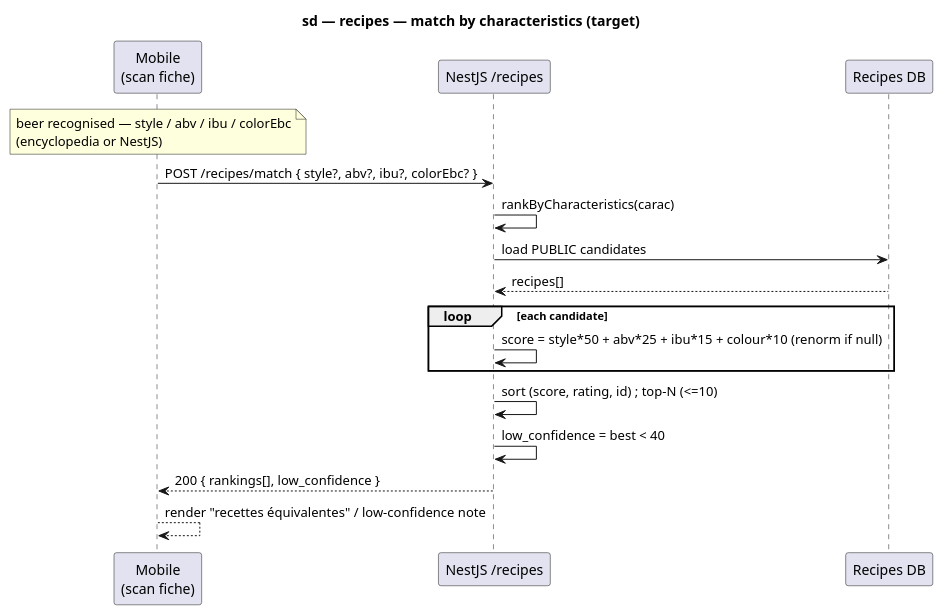
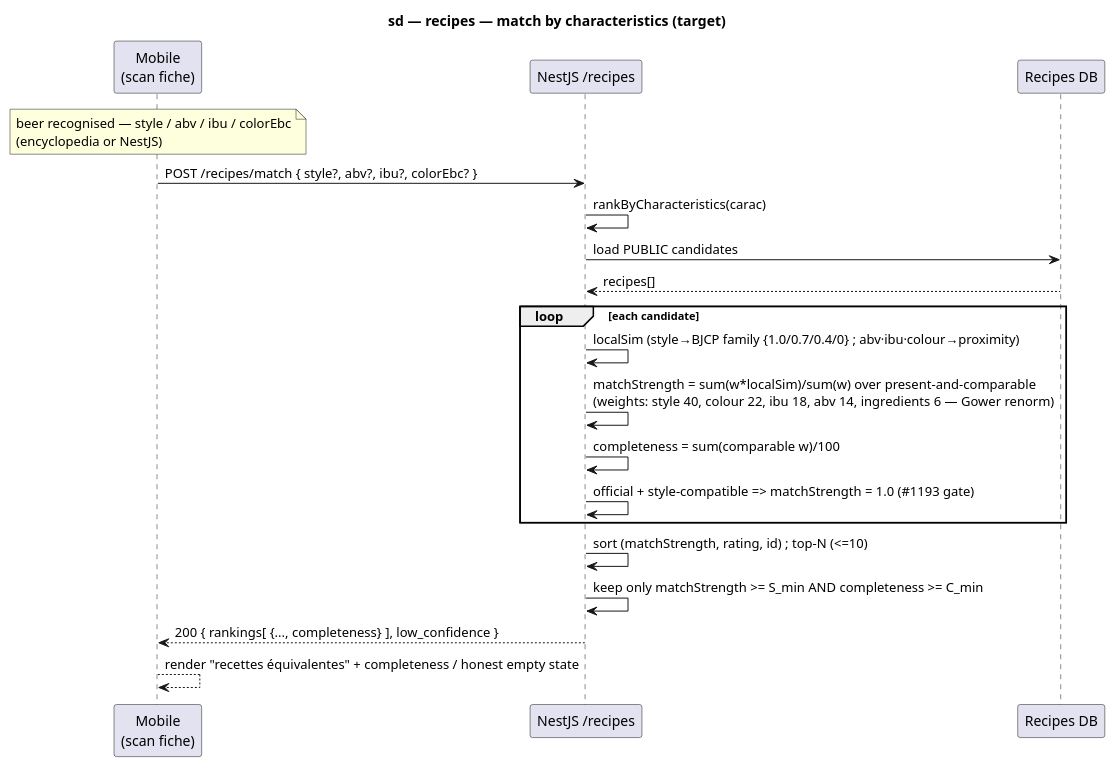
The second of 2 diagrams in docs/architecture/diagrams/recipes/06-sequence-recipe-matching.md (benoit-bremaud/brasse-bouillon), drawn with PlantUML before and after one commit. The commit also changed other lines of this file and 2 other files, not shown here.

First line of the commit message:
docs(architecture): ADR-0016 recipe-matching v2 — weighted criteria, completeness ratio, BJCP families

````diff
--- a/docs/architecture/diagrams/recipes/06-sequence-recipe-matching.md
+++ b/docs/architecture/diagrams/recipes/06-sequence-recipe-matching.md
@@ -51,21 +65,24 @@
 ```plantuml
 @startuml
 title sd — recipes — match by characteristics (target)
 participant "Mobile\n(scan fiche)" as M
 participant "NestJS /recipes" as API
 participant "Recipes DB" as DB
 
 note over M : beer recognised — style / abv / ibu / colorEbc\n(encyclopedia or NestJS)
 M -> API : POST /recipes/match { style?, abv?, ibu?, colorEbc? }
 API -> API : rankByCharacteristics(carac)
 API -> DB : load PUBLIC candidates
 DB --> API : recipes[]
 loop each candidate
-  API -> API : score = style*50 + abv*25 + ibu*15 + colour*10 (renorm if null)
+  API -> API : localSim (style→BJCP family {1.0/0.7/0.4/0} ; abv·ibu·colour→proximity)
+  API -> API : matchStrength = sum(w*localSim)/sum(w) over present-and-comparable\n(weights: style 40, colour 22, ibu 18, abv 14, ingredients 6 — Gower renorm)
+  API -> API : completeness = sum(comparable w)/100
+  API -> API : official + style-compatible => matchStrength = 1.0 (#1193 gate)
 end
-API -> API : sort (score, rating, id) ; top-N (<=10)
-API -> API : low_confidence = best < 40
-API --> M : 200 { rankings[], low_confidence }
-M --> M : render "recettes équivalentes" / low-confidence note
+API -> API : sort (matchStrength, rating, id) ; top-N (<=10)
+API -> API : keep only matchStrength >= S_min AND completeness >= C_min
+API --> M : 200 { rankings[ {..., completeness} ], low_confidence }
+M --> M : render "recettes équivalentes" + completeness / honest empty state
 @enduml
 ```
````
